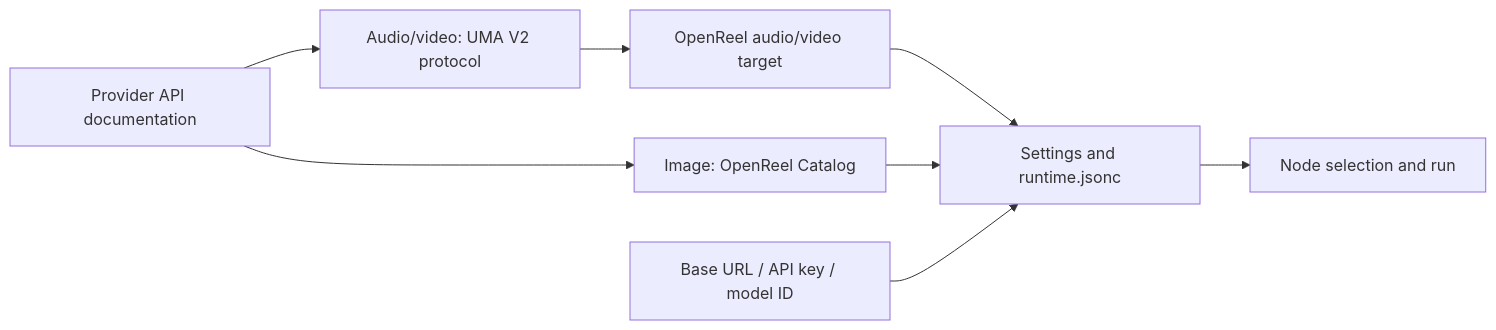
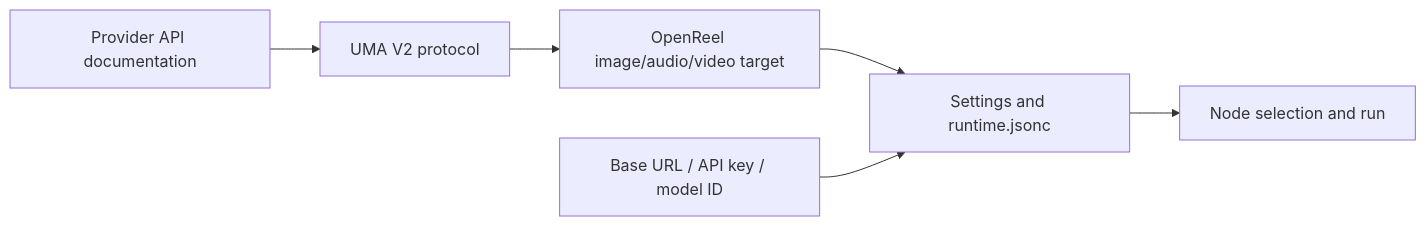
One commit to yutianxiao6/openreel-studio changed the first of 2 diagrams in docs/en/model-providers.md. Above: the diagram before and after it, drawn with Mermaid. The commit also changed other lines of this file and 28 other files, not shown here.

Commit message:
feat(media): unify image generation on UMA

````diff
--- a/docs/en/model-providers.md
+++ b/docs/en/model-providers.md
@@ -25,10 +23,8 @@
 ```mermaid
 flowchart LR
-  A[Provider API documentation] --> B[Audio/video: UMA V2 protocol]
-  A --> C[Image: OpenReel Catalog]
-  B --> D[OpenReel audio/video target]
+  A[Provider API documentation] --> B[UMA V2 protocol]
+  B --> D[OpenReel image/audio/video target]
   D --> E[Settings and runtime.jsonc]
-  C --> E
   F[Base URL / API key / model ID] --> E
   E --> G[Node selection and run]
 ```
````
